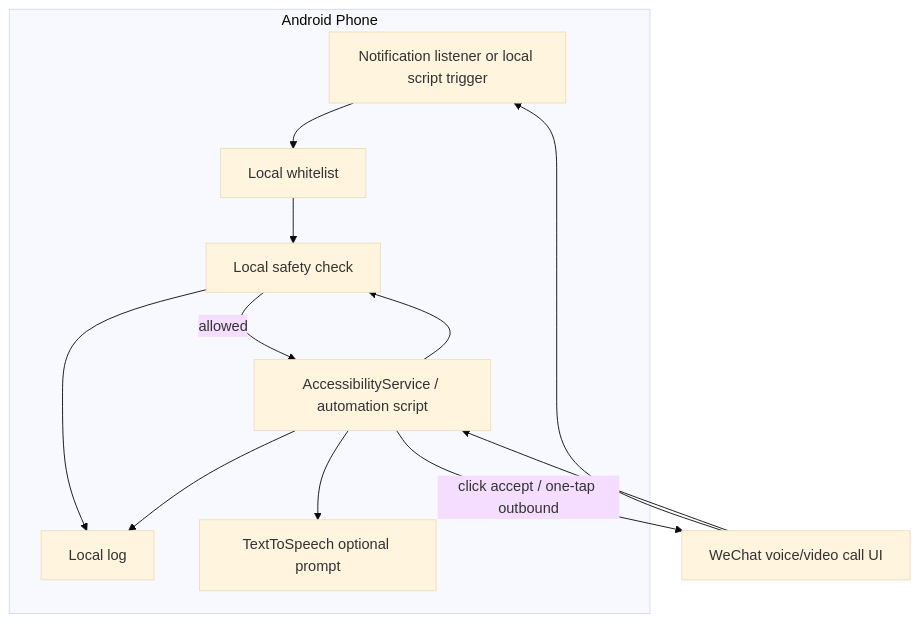
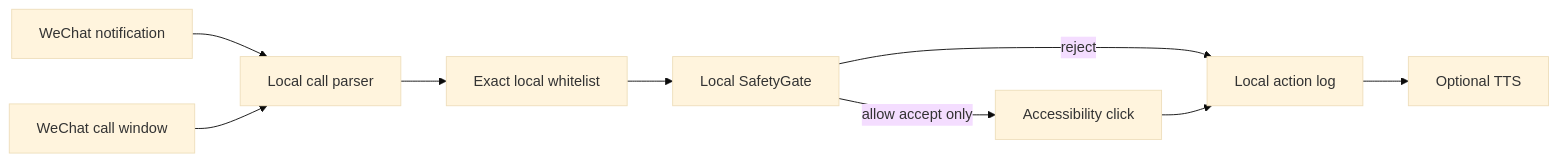
The second of 3 diagrams in docs/ARCHITECTURE.md (NaritaC/GrandmaCallAgent), drawn with Mermaid (base theme) before and after one commit. The commit also changed other lines of this file and 22 other files, not shown here.

Commit message:
Add V0-A snapshot safety gate

````diff
--- a/docs/ARCHITECTURE.md
+++ b/docs/ARCHITECTURE.md
@@ -11,22 +21,11 @@
 ```mermaid
-flowchart TB
-  subgraph Phone[Android Phone]
-    N[Notification listener or local script trigger]
-    A[AccessibilityService / automation script]
-    WL[Local whitelist]
-    SG[Local safety check]
-    LOG[Local log]
-    T[TextToSpeech optional prompt]
-  end
-
-  WeChat[WeChat voice/video call UI] --> N
-  WeChat --> A
-  N --> WL
-  A --> SG
-  WL --> SG
-  SG -->|allowed| A
-  A -->|click accept / one-tap outbound| WeChat
-  SG --> LOG
-  A --> LOG
-  A --> T
+flowchart LR
+  N[WeChat notification] --> P[Local call parser]
+  U[WeChat call window] --> P
+  P --> W[Exact local whitelist]
+  W --> S[Local SafetyGate]
+  S -->|allow accept only| A[Accessibility click]
+  S -->|reject| L[Local action log]
+  A --> L
+  L --> T[Optional TTS]
 ```
````
